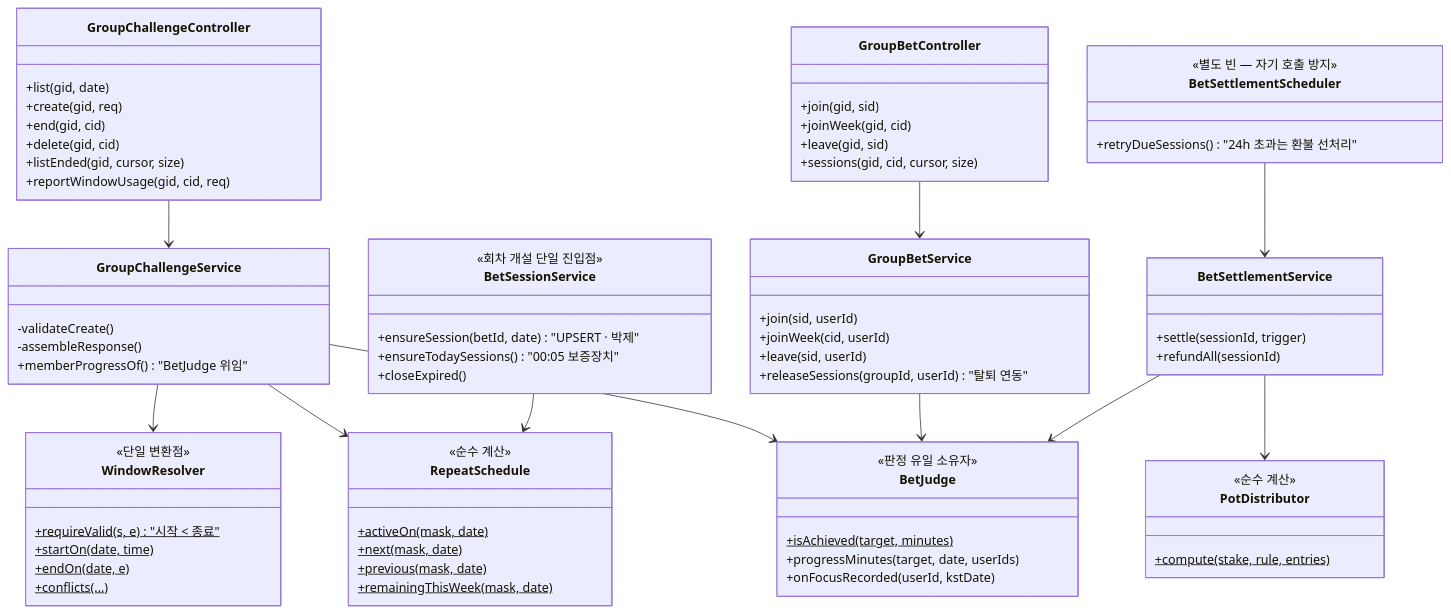
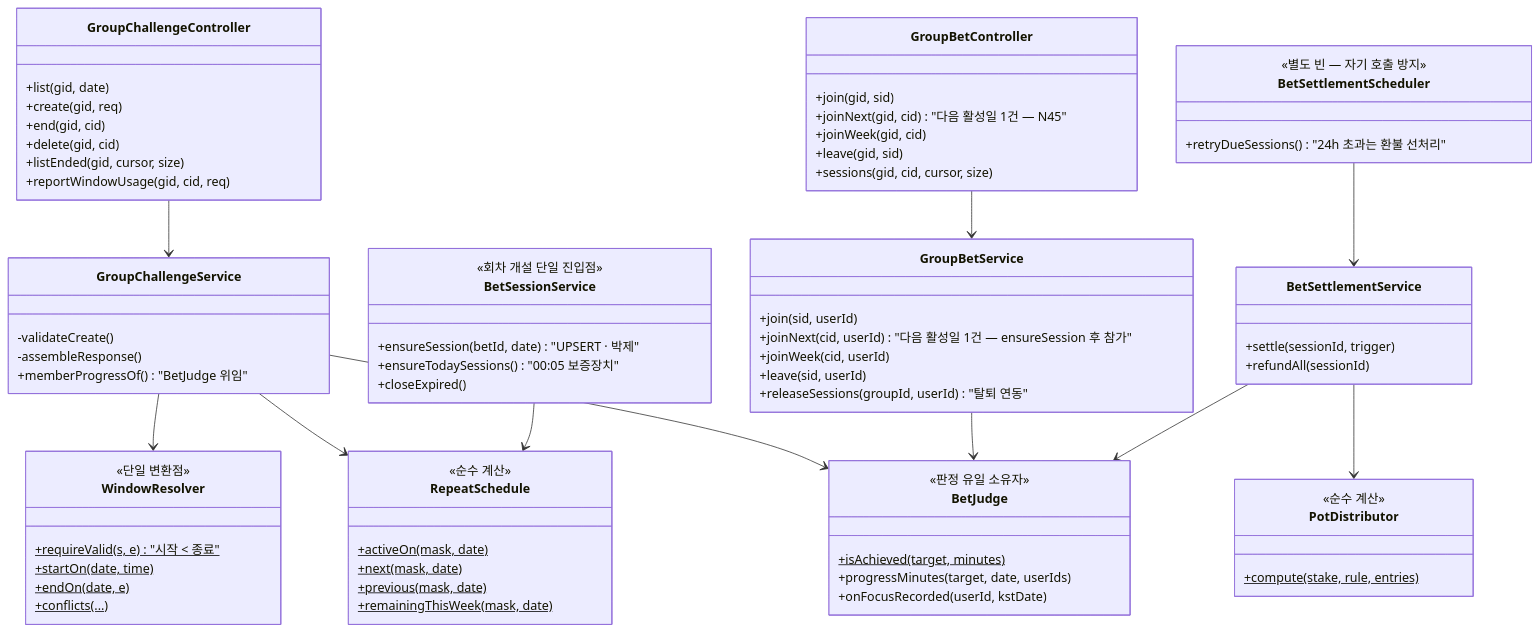
One commit to OneOrThree/phone changed the fifth of 5 diagrams in docs/prd/challenge/low-level-design.md. Above: the diagram before and after it, drawn with Mermaid. The commit also changed other lines of this file and 5 other files, not shown here.

````diff
--- a/docs/prd/challenge/low-level-design.md
+++ b/docs/prd/challenge/low-level-design.md
@@ -983,77 +998,79 @@
 ```mermaid
 classDiagram
     class GroupChallengeController {
         +list(gid, date)
         +create(gid, req)
         +end(gid, cid)
         +delete(gid, cid)
         +listEnded(gid, cursor, size)
         +reportWindowUsage(gid, cid, req)
     }
     class GroupBetController {
         +join(gid, sid)
+        +joinNext(gid, cid) "다음 활성일 1건 — N45"
         +joinWeek(gid, cid)
         +leave(gid, sid)
         +sessions(gid, cid, cursor, size)
     }
     class GroupChallengeService {
         -validateCreate()
         -assembleResponse()
         +memberProgressOf() "BetJudge 위임"
     }
     class BetSessionService {
         <<회차 개설 단일 진입점>>
         +ensureSession(betId, date) "UPSERT · 박제"
         +ensureTodaySessions() "00:05 보증장치"
         +closeExpired()
     }
     class GroupBetService {
         +join(sid, userId)
+        +joinNext(cid, userId) "다음 활성일 1건 — ensureSession 후 참가"
         +joinWeek(cid, userId)
         +leave(sid, userId)
         +releaseSessions(groupId, userId) "탈퇴 연동"
     }
     class BetSettlementService {
         +settle(sessionId, trigger)
         +refundAll(sessionId)
     }
     class BetSettlementScheduler {
         <<별도 빈 — 자기 호출 방지>>
         +retryDueSessions() "24h 초과는 환불 선처리"
     }
     class BetJudge {
         <<판정 유일 소유자>>
         +isAchieved(target, minutes)$
         +progressMinutes(target, date, userIds)
         +onFocusRecorded(userId, kstDate)
     }
     class PotDistributor {
         <<순수 계산>>
         +compute(stake, rule, entries)$
     }
     class RepeatSchedule {
         <<순수 계산>>
         +activeOn(mask, date)$
         +next(mask, date)$
         +previous(mask, date)$
         +remainingThisWeek(mask, date)$
     }
     class WindowResolver {
         <<단일 변환점>>
         +requireValid(s, e)$ "시작 < 종료"
         +startOn(date, time)$
         +endOn(date, e)$
         +conflicts(...)$
     }
 
     GroupChallengeController --> GroupChallengeService
     GroupBetController --> GroupBetService
     GroupChallengeService --> BetJudge
     GroupChallengeService --> RepeatSchedule
     GroupChallengeService --> WindowResolver
     BetSessionService --> RepeatSchedule
     GroupBetService --> BetJudge
     BetSettlementScheduler --> BetSettlementService
     BetSettlementService --> BetJudge
     BetSettlementService --> PotDistributor
 ```
````
